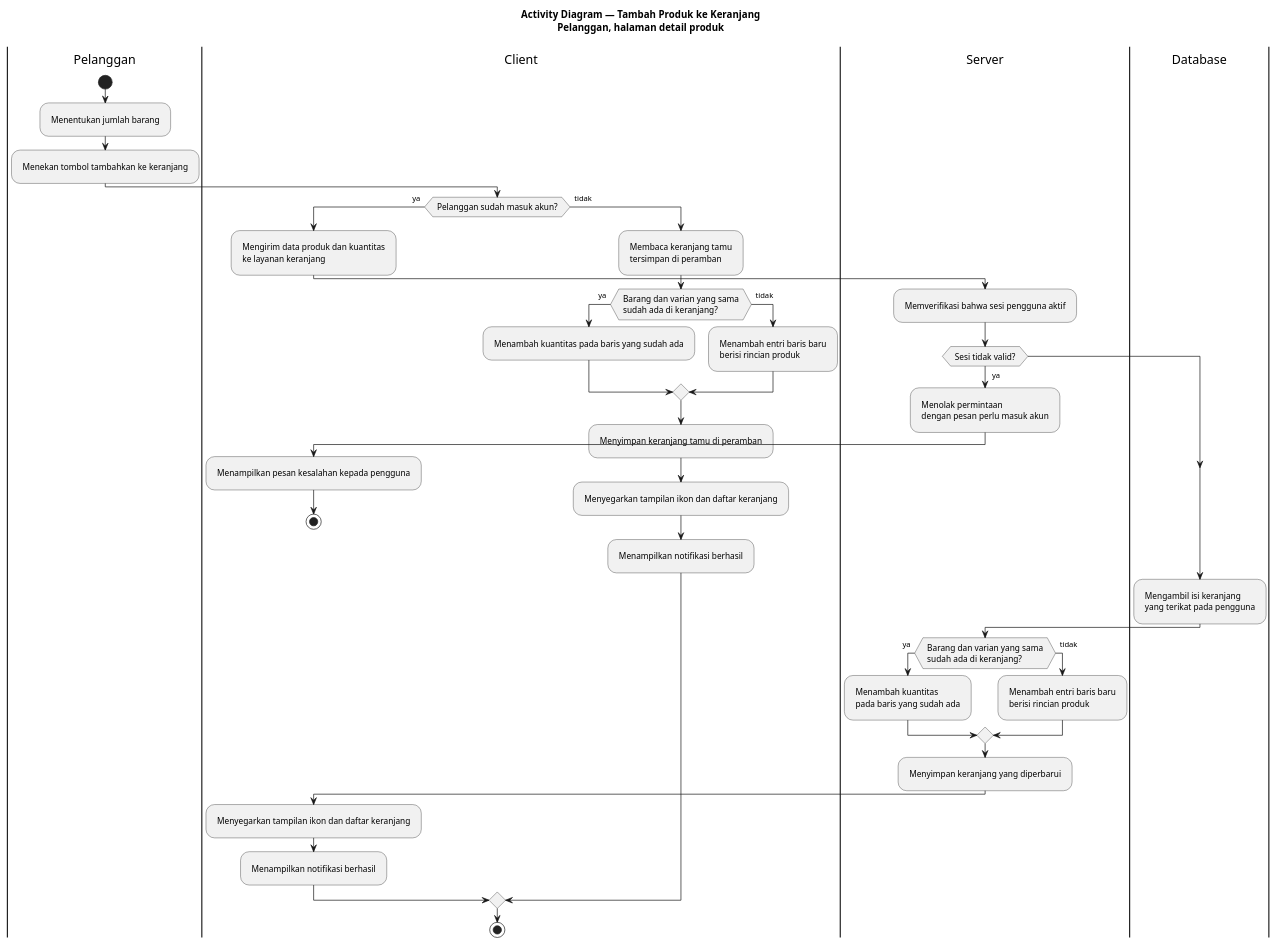
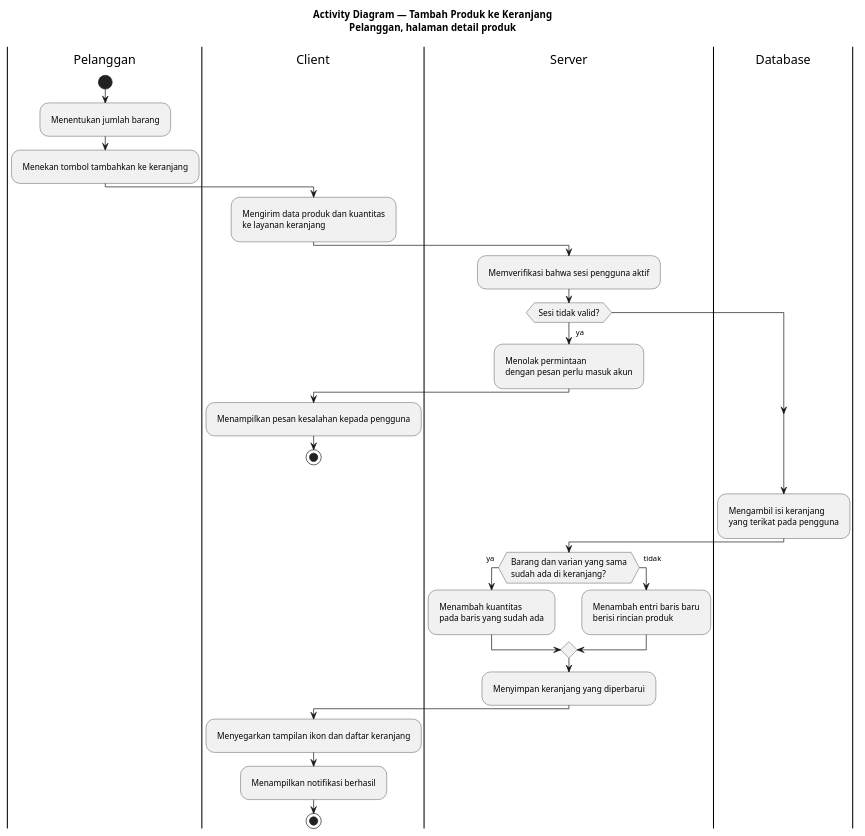
Before and after one commit to afridho-ikhsan/butik-busana: the diagram in diagrams/skripsi-add-cart-activity.puml, drawn with PlantUML. The commit also changed 36 other files, not shown here.

Commit message:
refactor: remove push notification logic from order cancellation flows and update sequence diagrams with standardized styling

```diff
--- a/diagrams/skripsi-add-cart-activity.puml
+++ b/diagrams/skripsi-add-cart-activity.puml
@@ -1,50 +1,38 @@
 @startuml skripsi_add_cart_activity
 title Activity Diagram — Tambah Produk ke Keranjang\nPelanggan, halaman detail produk
 
 skinparam ActivityFontSize 12
 skinparam TitleFontSize 14
 skinparam Padding 6
 
 |Pelanggan|
 start
 :Menentukan jumlah barang;
 :Menekan tombol tambahkan ke keranjang;
 
 |Client|
-if (Pelanggan sudah masuk akun?) then (ya)
-  :Mengirim data produk dan kuantitas\nke layanan keranjang;
-  |Server|
-  :Memverifikasi bahwa sesi pengguna aktif;
-  if (Sesi tidak valid?) then (ya)
-    :Menolak permintaan\ndengan pesan perlu masuk akun;
-    |Client|
-    :Menampilkan pesan kesalahan kepada pengguna;
-    stop
-  endif
-  |Database|
-  :Mengambil isi keranjang\nyang terikat pada pengguna;
-  |Server|
-  if (Barang dan varian yang sama\nsudah ada di keranjang?) then (ya)
-    :Menambah kuantitas\npada baris yang sudah ada;
-  else (tidak)
-    :Menambah entri baris baru\nberisi rincian produk;
-  endif
-  :Menyimpan keranjang yang diperbarui;
+:Mengirim data produk dan kuantitas\nke layanan keranjang;
+|Server|
+:Memverifikasi bahwa sesi pengguna aktif;
+if (Sesi tidak valid?) then (ya)
+  :Menolak permintaan\ndengan pesan perlu masuk akun;
   |Client|
-  :Menyegarkan tampilan ikon dan daftar keranjang;
-  :Menampilkan notifikasi berhasil;
+  :Menampilkan pesan kesalahan kepada pengguna;
+  stop
+endif
+|Database|
+:Mengambil isi keranjang\nyang terikat pada pengguna;
+|Server|
+if (Barang dan varian yang sama\nsudah ada di keranjang?) then (ya)
+  :Menambah kuantitas\npada baris yang sudah ada;
 else (tidak)
-  :Membaca keranjang tamu\ntersimpan di peramban;
-  if (Barang dan varian yang sama\nsudah ada di keranjang?) then (ya)
-    :Menambah kuantitas pada baris yang sudah ada;
-  else (tidak)
-    :Menambah entri baris baru\nberisi rincian produk;
-  endif
-  :Menyimpan keranjang tamu di peramban;
-  :Menyegarkan tampilan ikon dan daftar keranjang;
-  :Menampilkan notifikasi berhasil;
+  :Menambah entri baris baru\nberisi rincian produk;
 endif
+:Menyimpan keranjang yang diperbarui;
+|Client|
+:Menyegarkan tampilan ikon dan daftar keranjang;
+:Menampilkan notifikasi berhasil;
 
 stop
 
 @enduml
```
